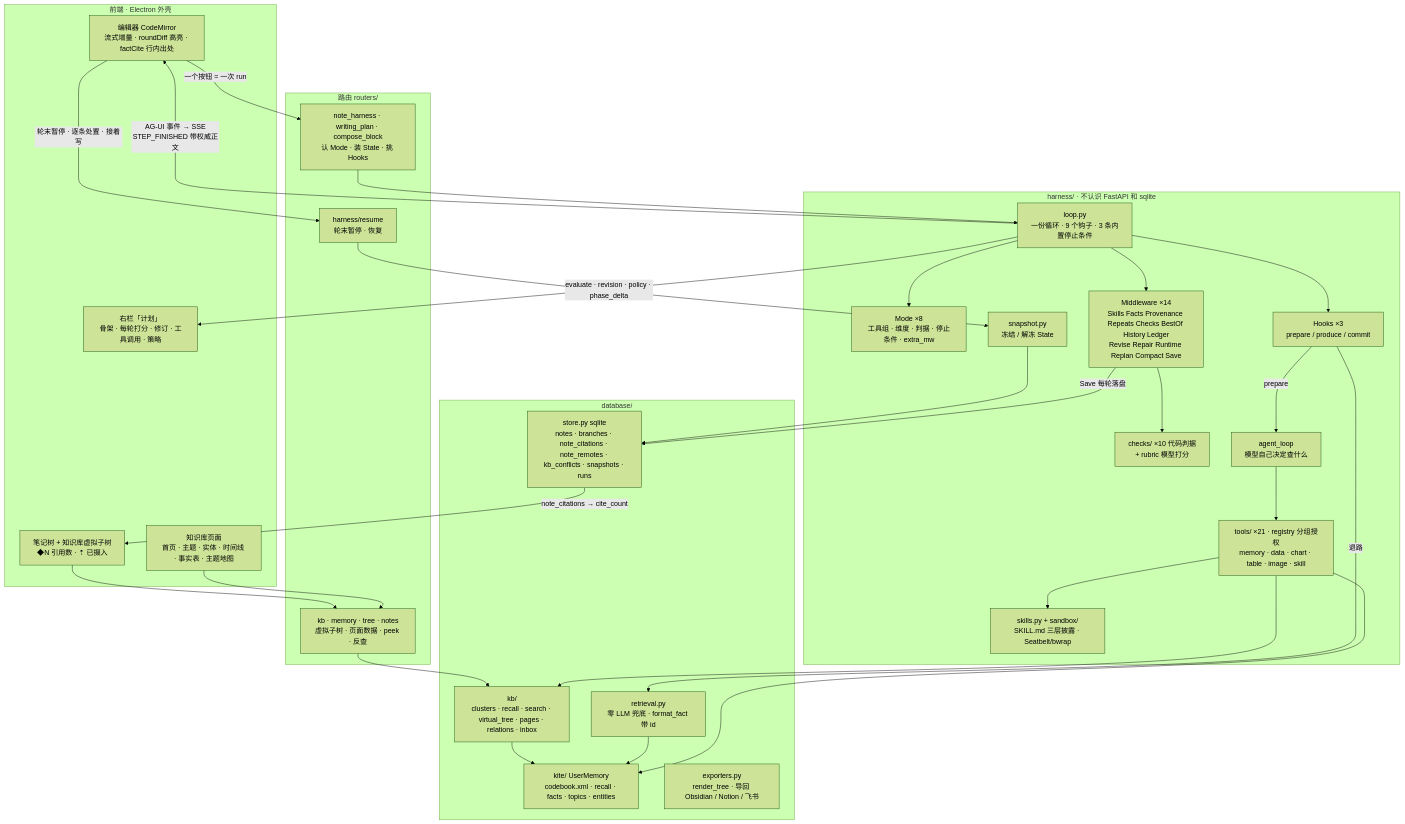
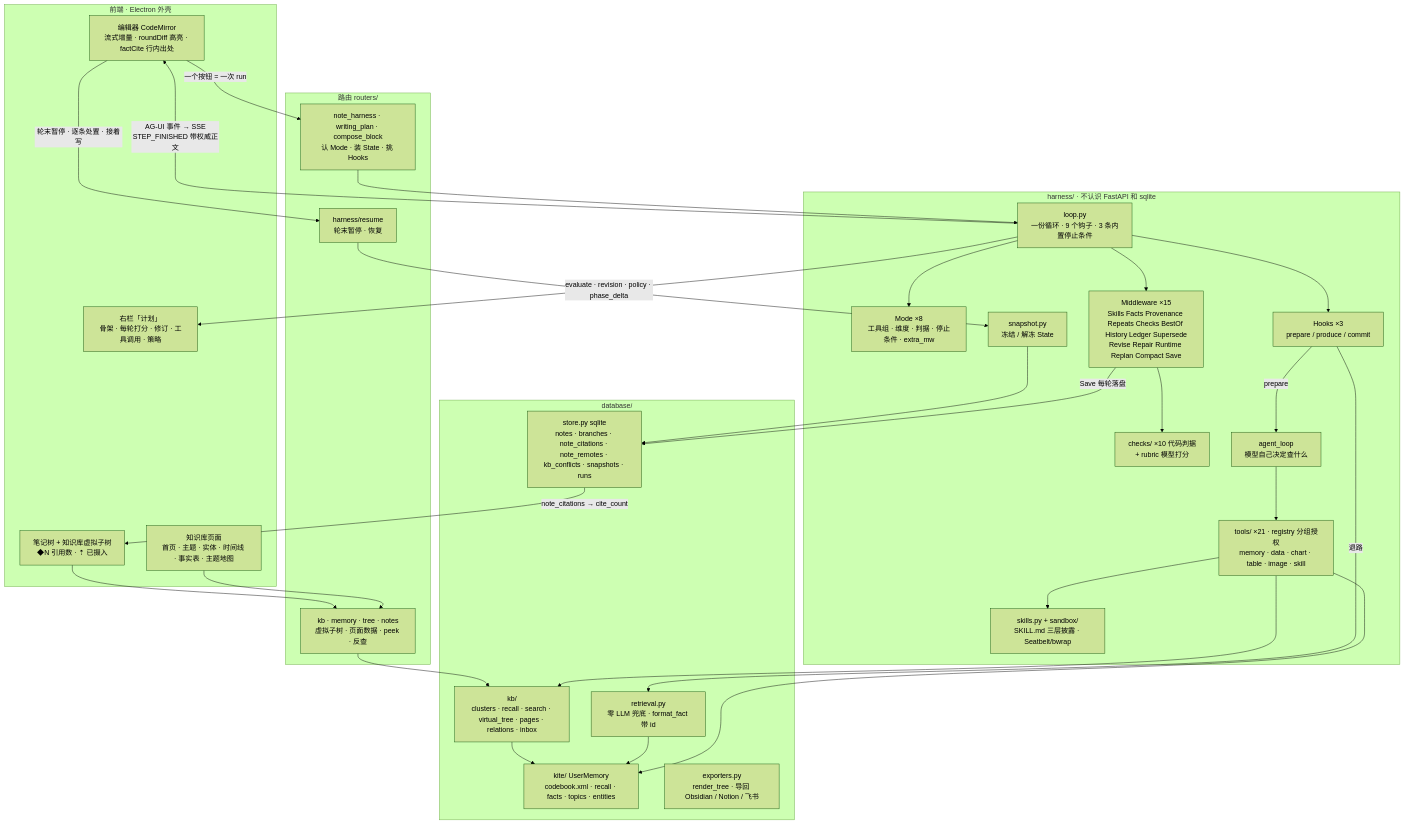
One commit to huilongbaba/MEMOKET_NOTE changed the diagram in docs/harness-framework.md. Above: the diagram before and after it, drawn with Mermaid (forest theme). The commit also changed other lines of this file and 20 other files, not shown here.

````diff
--- a/docs/harness-framework.md
+++ b/docs/harness-framework.md
@@ -41,60 +41,60 @@
 ```mermaid
 flowchart TB
   subgraph UI["前端 · Electron 外壳"]
     ED["编辑器 CodeMirror<br/>流式增量 · roundDiff 高亮 · factCite 行内出处"]
     PLAN["右栏「计划」<br/>骨架 · 每轮打分 · 修订 · 工具调用 · 策略"]
     TREE["笔记树 + 知识库虚拟子树<br/>◆N 引用数 · ⇡ 已摄入"]
     KBP["知识库页面<br/>首页 · 主题 · 实体 · 时间线 · 事实表 · 主题地图"]
   end
 
   subgraph API["路由 routers/"]
     NH["note_harness · writing_plan · compose_block<br/>认 Mode · 装 State · 挑 Hooks"]
     RS["harness/resume<br/>轮末暂停 · 恢复"]
     KBR["kb · memory · tree · notes<br/>虚拟子树 · 页面数据 · peek · 反查"]
   end
 
   subgraph H["harness/ · 不认识 FastAPI 和 sqlite"]
     LOOP["loop.py<br/>一份循环 · 9 个钩子 · 3 条内置停止条件"]
     MODE["Mode ×8<br/>工具组 · 维度 · 判据 · 停止条件 · extra_mw"]
     HOOKS["Hooks ×3<br/>prepare / produce / commit"]
-    MW["Middleware ×14<br/>Skills Facts Provenance Repeats Checks BestOf History Ledger<br/>Revise Repair Runtime Replan Compact Save"]
+    MW["Middleware ×15<br/>Skills Facts Provenance Repeats Checks BestOf History Ledger Supersede<br/>Revise Repair Runtime Replan Compact Save"]
     CHK["checks/ ×10 代码判据<br/>+ rubric 模型打分"]
     TOOLS["tools/ ×21 · registry 分组授权<br/>memory · data · chart · table · image · skill"]
     AL["agent_loop<br/>模型自己决定查什么"]
     SK["skills.py + sandbox/<br/>SKILL.md 三层披露 · Seatbelt/bwrap"]
     SNAP["snapshot.py<br/>冻结 / 解冻 State"]
   end
 
   subgraph DB["database/"]
     STORE["store.py sqlite<br/>notes · branches · note_citations · note_remotes · kb_conflicts · snapshots · runs"]
     KITE["kite/ UserMemory<br/>codebook.xml · recall · facts · topics · entities"]
     KB["kb/<br/>clusters · recall · search · virtual_tree · pages · relations · inbox"]
     EXP["exporters.py<br/>render_tree · 导回 Obsidian / Notion / 飞书"]
     RET["retrieval.py<br/>零 LLM 兜底 · format_fact 带 id"]
   end
 
   ED -- "一个按钮 = 一次 run" --> NH
   NH --> LOOP
   LOOP --> MODE
   LOOP --> HOOKS
   LOOP --> MW
   MW --> CHK
   HOOKS -- prepare --> AL
   AL --> TOOLS
   TOOLS --> KITE
   TOOLS --> KB
   TOOLS --> SK
   HOOKS -- 退路 --> RET
   RET --> KITE
   MW -- Save 每轮落盘 --> STORE
   SNAP --> STORE
   RS --> SNAP
   LOOP -- "AG-UI 事件 → SSE<br/>STEP_FINISHED 带权威正文" --> ED
   LOOP -- "evaluate · revision · policy · phase_delta" --> PLAN
   STORE -- "note_citations → cite_count" --> TREE
   KBR --> KB
   KB --> KITE
   KBP --> KBR
   TREE --> KBR
   ED -- "轮末暂停 · 逐条处置 · 接着写" --> RS
 ```
````
